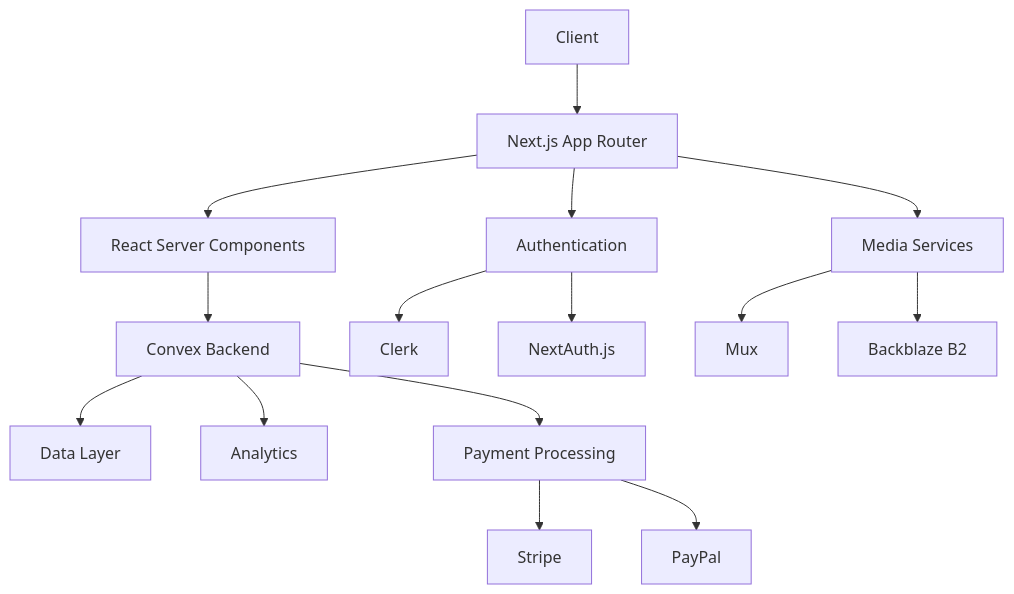
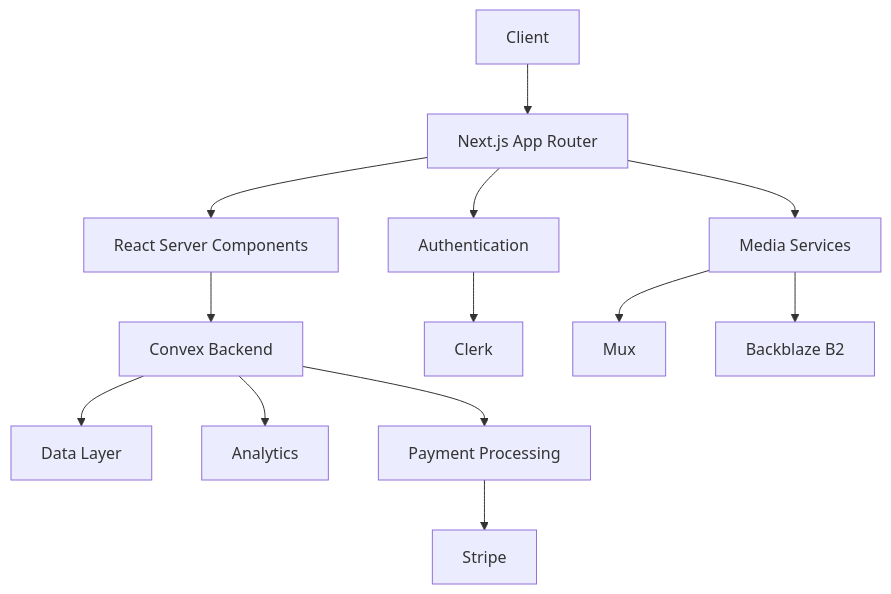
The diagram in README.md (Absumere/malik-portfolio), drawn with Mermaid before and after one commit. The commit also changed other lines of this file and 2 other files, not shown here.

````diff
--- a/README.md
+++ b/README.md
@@ -103,17 +98,15 @@
 ```mermaid
 graph TD
     A[Client] --> B[Next.js App Router]
     B --> C[React Server Components]
     C --> D[Convex Backend]
     D --> E[Data Layer]
     B --> F[Authentication]
     F --> G[Clerk]
-    F --> H[NextAuth.js]
     B --> I[Media Services]
     I --> J[Mux]
     I --> K[Backblaze B2]
     D --> L[Analytics]
     D --> M[Payment Processing]
     M --> N[Stripe]
-    M --> O[PayPal]
 ```
````
